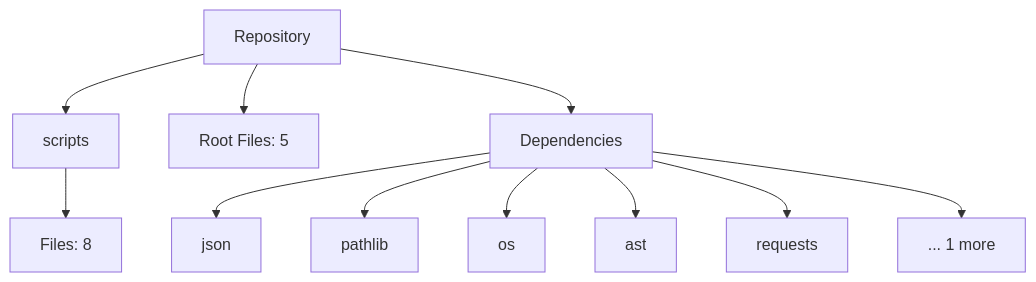
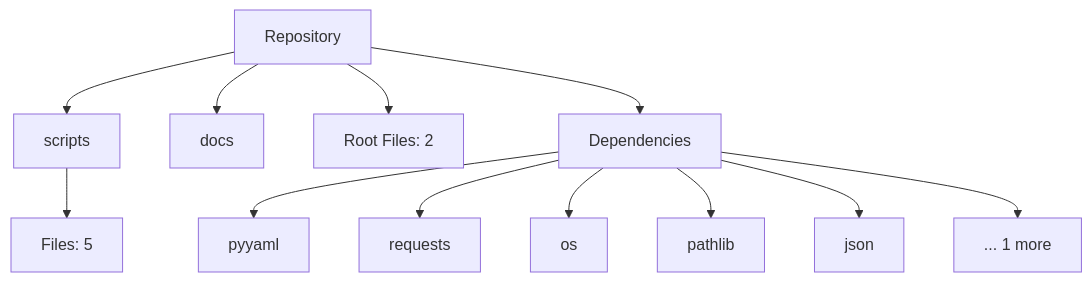
The diagram in README.md (NITISH-R-G/Smart-Task-Tracker-macOS-Dark-Edition-), drawn with Mermaid before and after one commit. The commit also changed other lines of this file and 9 other files, not shown here.

````diff
--- a/README.md
+++ b/README.md
@@ -17,15 +17,16 @@
 ```mermaid
 graph TD
     Root[Repository]
     Root --> scripts[scripts]
-    scripts --> scripts_files[Files: 8]
-    Root --> Root_files[Root Files: 5]
+    scripts --> scripts_files[Files: 5]
+    Root --> docs[docs]
+    Root --> Root_files[Root Files: 2]
     Root --> Deps[Dependencies]
+    Deps --> pyyaml[pyyaml]
+    Deps --> requests[requests]
+    Deps --> os[os]
+    Deps --> pathlib[pathlib]
     Deps --> json[json]
-    Deps --> pathlib[pathlib]
-    Deps --> os[os]
-    Deps --> ast[ast]
-    Deps --> requests[requests]
     Deps --> MoreDeps[... 1 more]
 
 ```
````
